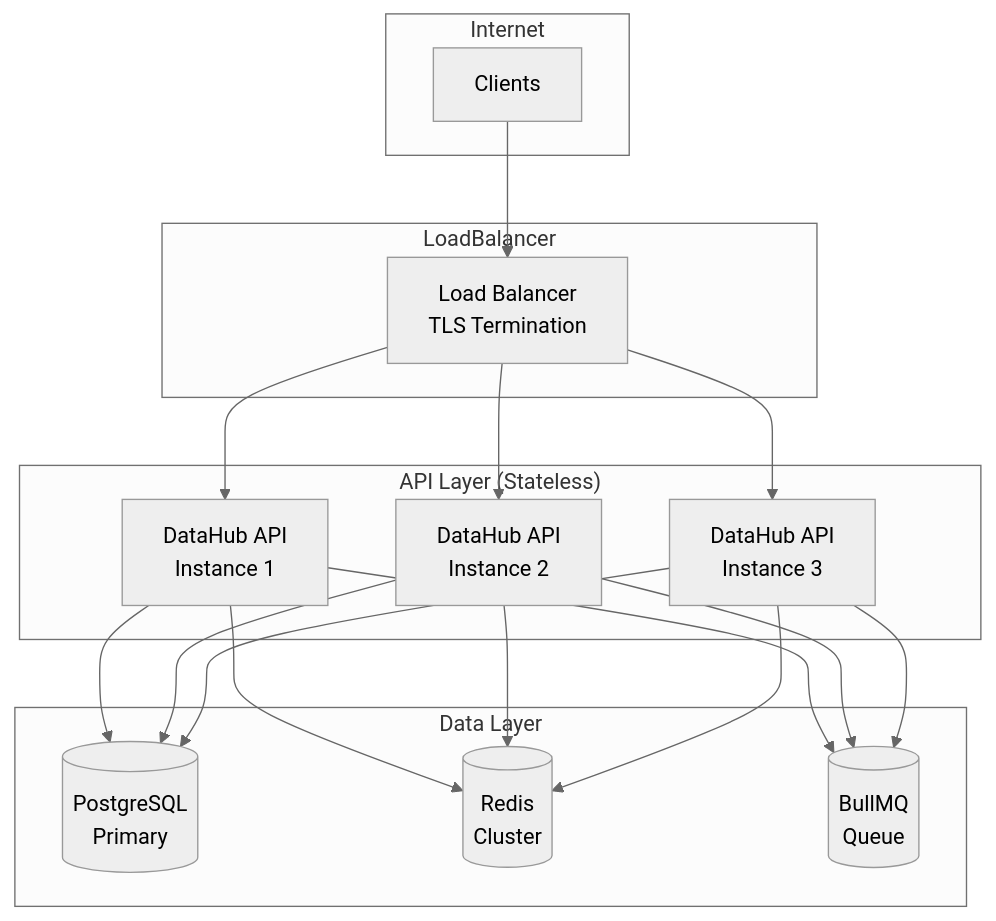
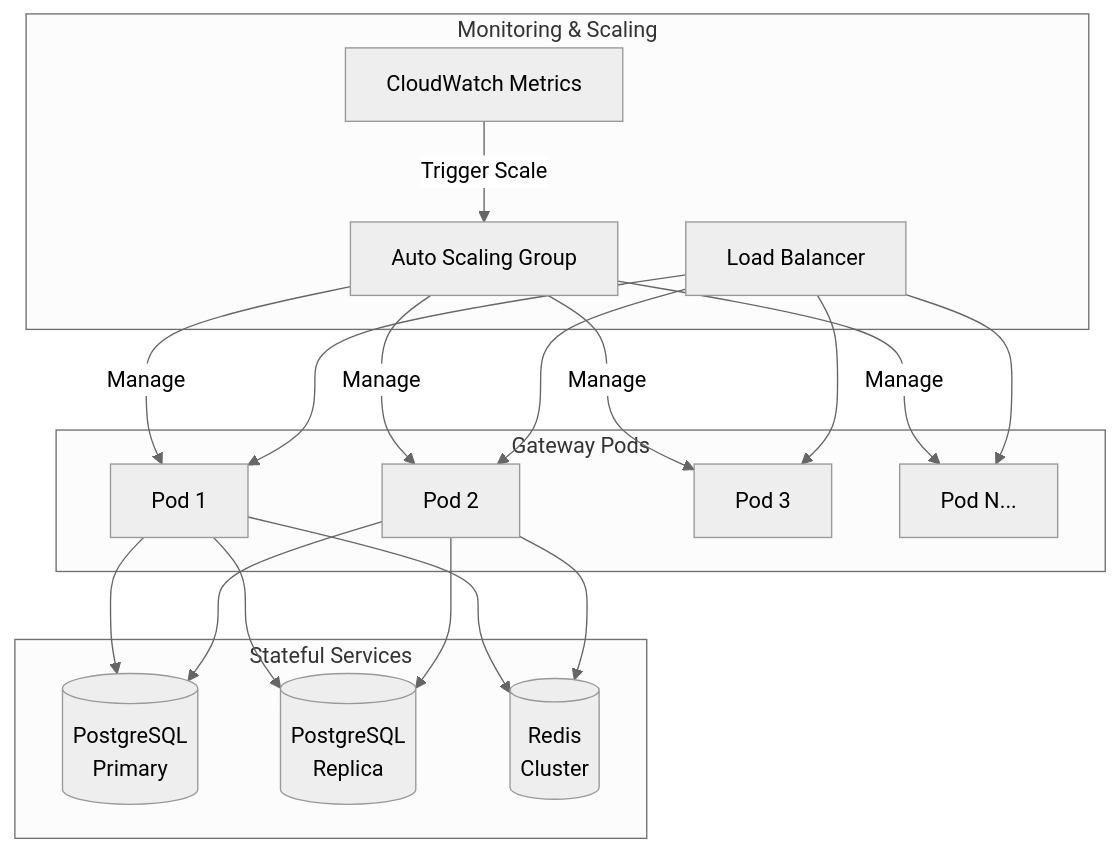
One commit to Hundia/autospec changed the third of 23 diagrams in examples/api-service/docs/architecture/diagrams.md. Above: the diagram before and after it, drawn with Mermaid (neutral theme). The commit also changed other lines of this file and 64 other files, not shown here.

````diff
--- a/examples/api-service/docs/architecture/diagrams.md
+++ b/examples/api-service/docs/architecture/diagrams.md
@@ -44,39 +92,39 @@
 ```mermaid
 graph TB
-    subgraph Internet
-        C[Clients]
+    subgraph Monitoring["Monitoring & Scaling"]
+        CW[CloudWatch Metrics]
+        ASG[Auto Scaling Group]
+        ALB[Load Balancer]
     end
 
-    subgraph LoadBalancer
-        LB[Load Balancer<br/>TLS Termination]
+    subgraph GatewayPods["Gateway Pods"]
+        G1[Pod 1]
+        G2[Pod 2]
+        G3[Pod 3]
+        GN[Pod N...]
     end
 
-    subgraph APILayer["API Layer (Stateless)"]
-        API1[DataHub API<br/>Instance 1]
-        API2[DataHub API<br/>Instance 2]
-        API3[DataHub API<br/>Instance 3]
+    subgraph DataStores["Stateful Services"]
+        PG[(PostgreSQL<br/>Primary)]
+        PGR[(PostgreSQL<br/>Replica)]
+        RC[(Redis<br/>Cluster)]
     end
 
-    subgraph DataLayer["Data Layer"]
-        PG[(PostgreSQL<br/>Primary)]
-        REDIS[(Redis<br/>Cluster)]
-        QUEUE[(BullMQ<br/>Queue)]
-    end
+    CW -->|Trigger Scale| ASG
+    ASG -->|Manage| G1
+    ASG -->|Manage| G2
+    ASG -->|Manage| G3
+    ASG -->|Manage| GN
 
-    C --> LB
-    LB --> API1
-    LB --> API2
-    LB --> API3
+    ALB --> G1
+    ALB --> G2
+    ALB --> G3
+    ALB --> GN
 
-    API1 --> PG
-    API2 --> PG
-    API3 --> PG
-
-    API1 --> REDIS
-    API2 --> REDIS
-    API3 --> REDIS
-
-    API1 --> QUEUE
-    API2 --> QUEUE
-    API3 --> QUEUE
+    G1 --> PG
+    G1 --> PGR
+    G1 --> RC
+    G2 --> PG
+    G2 --> PGR
+    G2 --> RC
 ```
````
